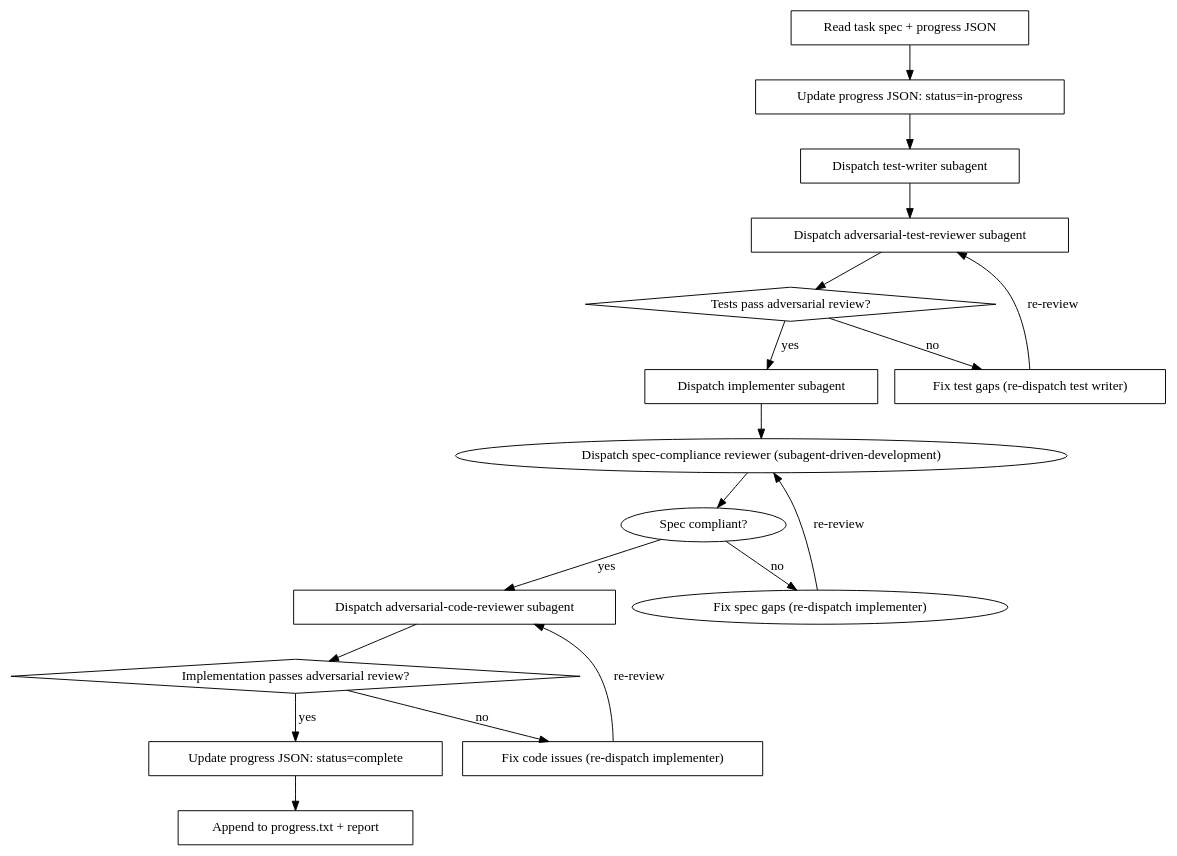
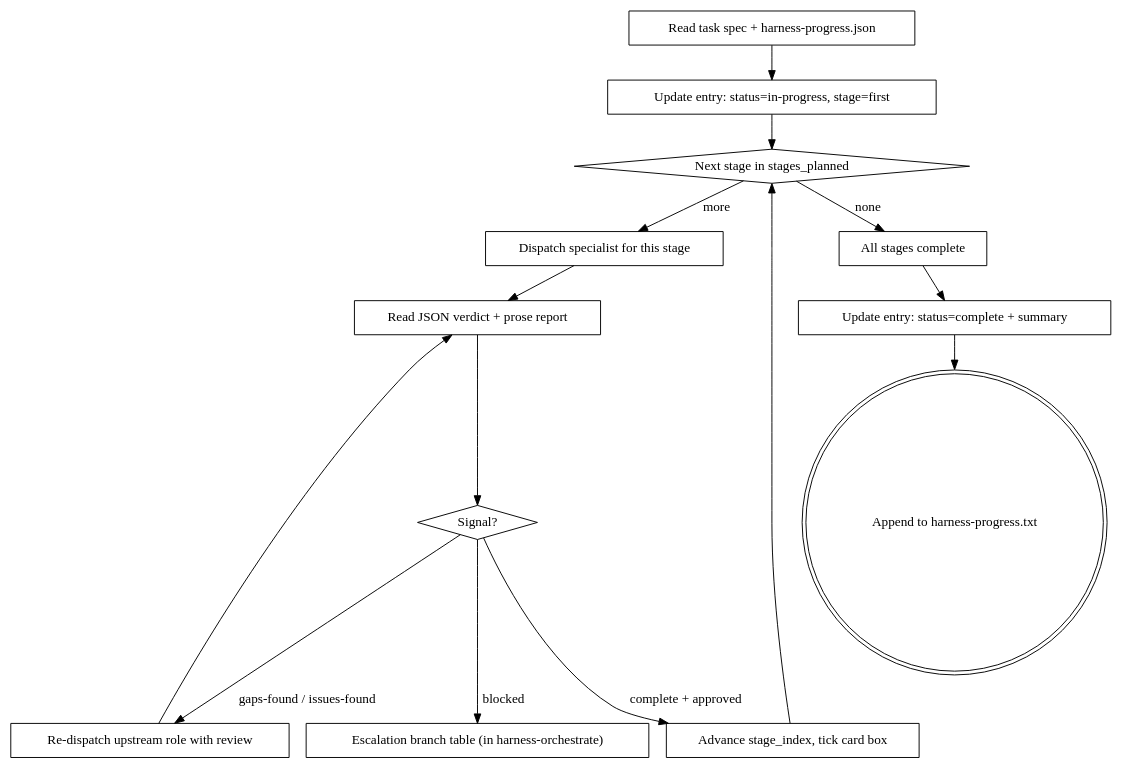
Before and after one commit to RazvanRotaru/skills: the diagram in harness-task-team/SKILL.md, drawn with Graphviz. The commit also changed other lines of this file and 15 other files, not shown here.

````diff
--- a/harness-task-team/SKILL.md
+++ b/harness-task-team/SKILL.md
@@ -23,36 +29,32 @@
 ```dot
 digraph task_team {
     rankdir=TB;
 
-    "Read task spec + progress JSON" [shape=box];
-    "Update progress JSON: status=in-progress" [shape=box];
-    "Dispatch test-writer subagent" [shape=box];
-    "Tests pass adversarial review?" [shape=diamond];
-    "Dispatch adversarial-test-reviewer subagent" [shape=box];
-    "Fix test gaps (re-dispatch test writer)" [shape=box];
-    "Dispatch implementer subagent" [shape=box];
-    "Implementation passes adversarial review?" [shape=diamond];
-    "Dispatch adversarial-code-reviewer subagent" [shape=box];
-    "Fix code issues (re-dispatch implementer)" [shape=box];
-    "Update progress JSON: status=complete" [shape=box];
-    "Append to progress.txt + report" [shape=box];
+    "Read task spec + harness-progress.json" [shape=box];
+    "Update entry: status=in-progress, stage=first" [shape=box];
+    "Next stage in stages_planned" [shape=diamond];
+    "Dispatch specialist for this stage" [shape=box];
+    "Read JSON verdict + prose report" [shape=box];
+    "Signal?" [shape=diamond];
+    "Advance stage_index, tick card box" [shape=box];
+    "Re-dispatch upstream role with review" [shape=box];
+    "Escalation branch table (in harness-orchestrate)" [shape=box];
+    "All stages complete" [shape=box];
+    "Update entry: status=complete + summary" [shape=box];
+    "Append to harness-progress.txt" [shape=doublecircle];
 
-    "Read task spec + progress JSON" -> "Update progress JSON: status=in-progress";
-    "Update progress JSON: status=in-progress" -> "Dispatch test-writer subagent";
-    "Dispatch test-writer subagent" -> "Dispatch adversarial-test-reviewer subagent";
-    "Dispatch adversarial-test-reviewer subagent" -> "Tests pass adversarial review?";
-    "Tests pass adversarial review?" -> "Fix test gaps (re-dispatch test writer)" [label="no"];
-    "Fix test gaps (re-dispatch test writer)" -> "Dispatch adversarial-test-reviewer subagent" [label="re-review"];
-    "Tests pass adversarial review?" -> "Dispatch implementer subagent" [label="yes"];
-    "Dispatch implementer subagent" -> "Dispatch spec-compliance reviewer (subagent-driven-development)";
-    "Dispatch spec-compliance reviewer (subagent-driven-development)" -> "Spec compliant?" [shape=diamond];
-    "Spec compliant?" -> "Fix spec gaps (re-dispatch implementer)" [label="no"];
-    "Fix spec gaps (re-dispatch implementer)" -> "Dispatch spec-compliance reviewer (subagent-driven-development)" [label="re-review"];
-    "Spec compliant?" -> "Dispatch adversarial-code-reviewer subagent" [label="yes"];
-    "Dispatch adversarial-code-reviewer subagent" -> "Implementation passes adversarial review?";
-    "Implementation passes adversarial review?" -> "Fix code issues (re-dispatch implementer)" [label="no"];
-    "Fix code issues (re-dispatch implementer)" -> "Dispatch adversarial-code-reviewer subagent" [label="re-review"];
-    "Implementation passes adversarial review?" -> "Update progress JSON: status=complete" [label="yes"];
-    "Update progress JSON: status=complete" -> "Append to progress.txt + report";
+    "Read task spec + harness-progress.json" -> "Update entry: status=in-progress, stage=first";
+    "Update entry: status=in-progress, stage=first" -> "Next stage in stages_planned";
+    "Next stage in stages_planned" -> "Dispatch specialist for this stage" [label="more"];
+    "Next stage in stages_planned" -> "All stages complete" [label="none"];
+    "Dispatch specialist for this stage" -> "Read JSON verdict + prose report";
+    "Read JSON verdict + prose report" -> "Signal?";
+    "Signal?" -> "Advance stage_index, tick card box" [label="complete + approved"];
+    "Signal?" -> "Re-dispatch upstream role with review" [label="gaps-found / issues-found"];
+    "Signal?" -> "Escalation branch table (in harness-orchestrate)" [label="blocked"];
+    "Advance stage_index, tick card box" -> "Next stage in stages_planned";
+    "Re-dispatch upstream role with review" -> "Read JSON verdict + prose report";
+    "All stages complete" -> "Update entry: status=complete + summary";
+    "Update entry: status=complete + summary" -> "Append to harness-progress.txt";
 }
 ```
````
